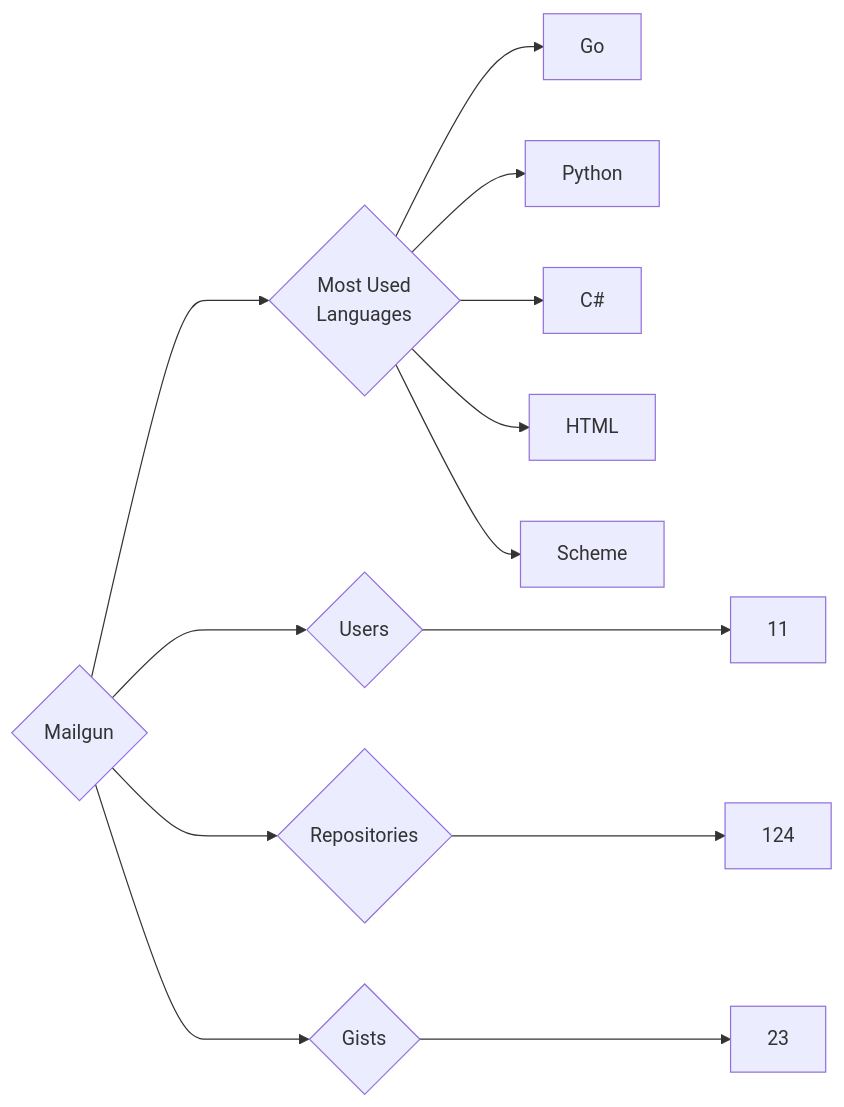
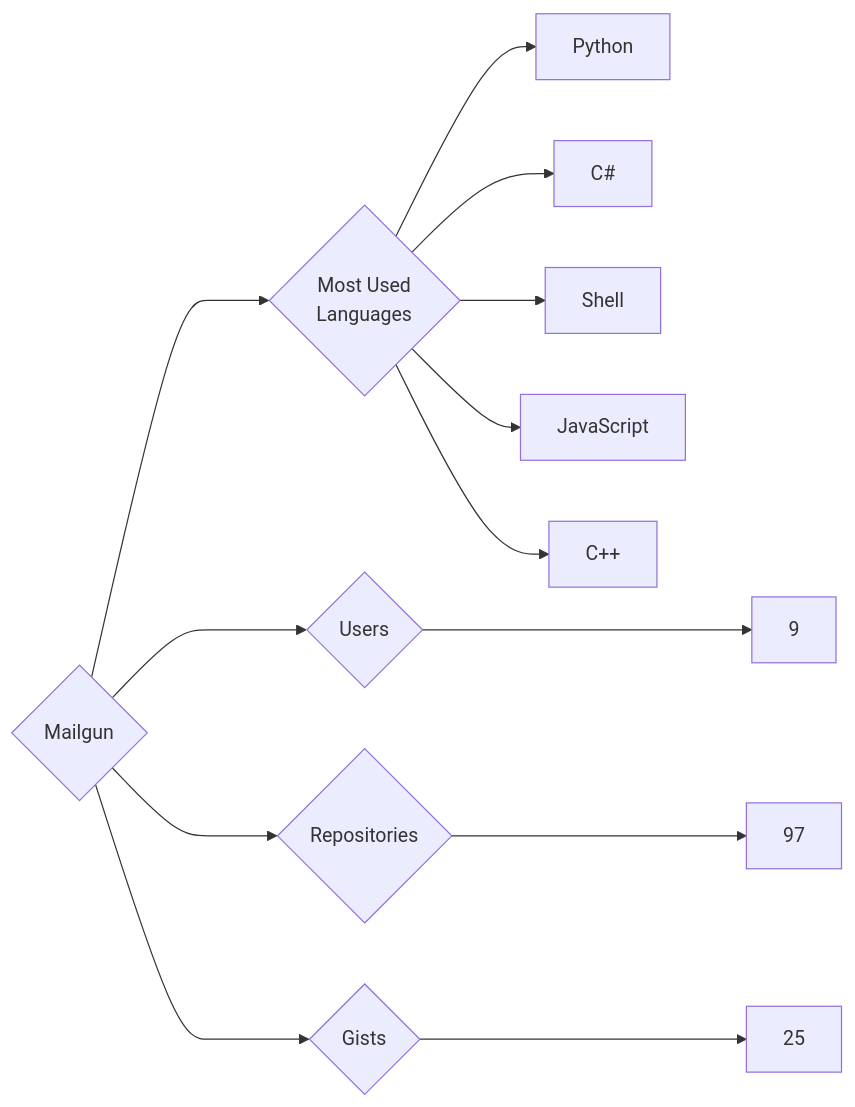
Before and after one commit to trickest/insiders: the diagram in targets/Mailgun/README.md, drawn with Mermaid. The commit also changed 777 other files, not shown here.

````diff
--- a/targets/Mailgun/README.md
+++ b/targets/Mailgun/README.md
@@ -3,13 +3,13 @@
 ```mermaid
 graph LR
 COMPANY_NAME{Mailgun}
-COMPANY_NAME ---> U{Users} ---> UN[11]
-COMPANY_NAME ---> R{Repositories} ---> RN[124]
-COMPANY_NAME ---> G{Gists} ---> GN[23]
+COMPANY_NAME ---> U{Users} ---> UN[9]
+COMPANY_NAME ---> R{Repositories} ---> RN[97]
+COMPANY_NAME ---> G{Gists} ---> GN[25]
 COMPANY_NAME ---> ML{Most Used<br>Languages}
-ML --> Go[Go]
 ML --> Python[Python]
 ML --> C#[C#]
-ML --> HTML[HTML]
-ML --> Scheme[Scheme]
+ML --> Shell[Shell]
+ML --> JavaScript[JavaScript]
+ML --> C++[C++]
 ```
````
